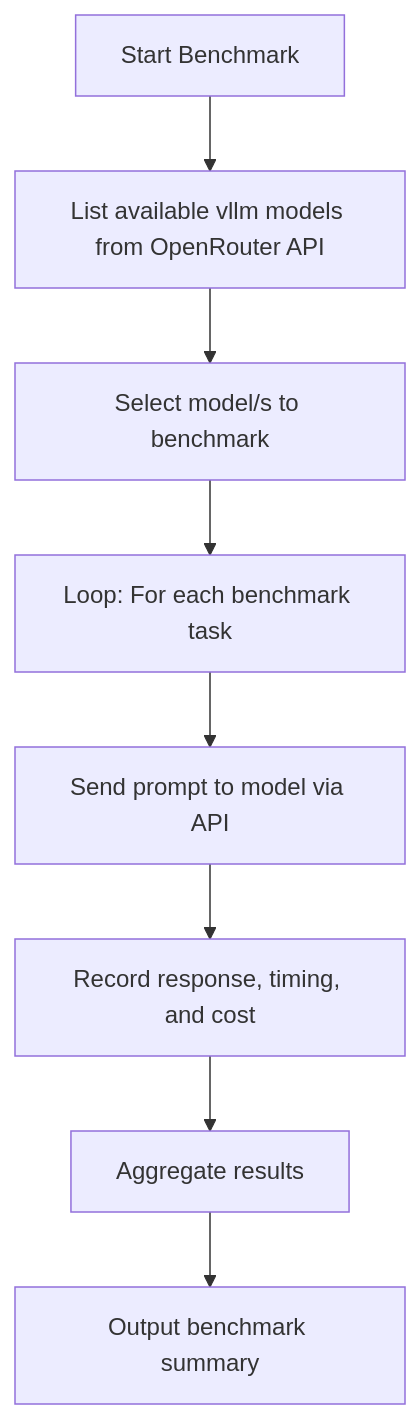
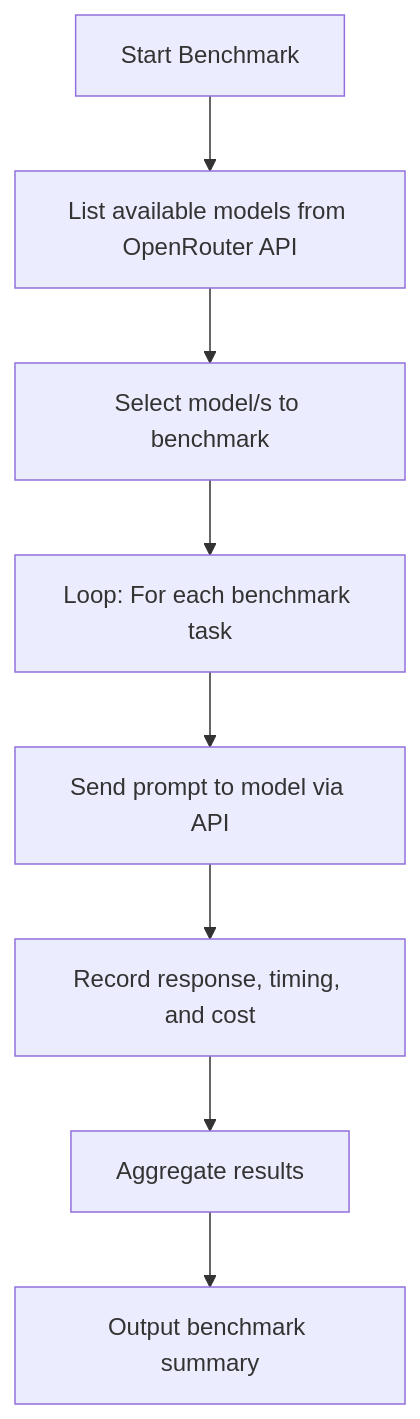
Before and after one commit to maehr/chr2025-seeing-history-unseen: the diagram in src/benchmarking/README.md, drawn with Mermaid. The commit also changed other lines of this file and 6 other files, not shown here.

First line of the commit message:
refactor: list all OpenRouter models by default; simplify CLI and project config

````diff
--- a/src/benchmarking/README.md
+++ b/src/benchmarking/README.md
@@ -16,10 +16,10 @@
 ```mermaid
 flowchart TD
-    A[Start Benchmark] --> B[List available vllm models from OpenRouter API]
+    A[Start Benchmark] --> B[List available models from OpenRouter API]
     B --> C[Select model/s to benchmark]
     C --> D[Loop: For each benchmark task]
     D --> E[Send prompt to model via API]
     E --> F[Record response, timing, and cost]
     F --> G[Aggregate results]
     G --> H[Output benchmark summary]
 ```
````
